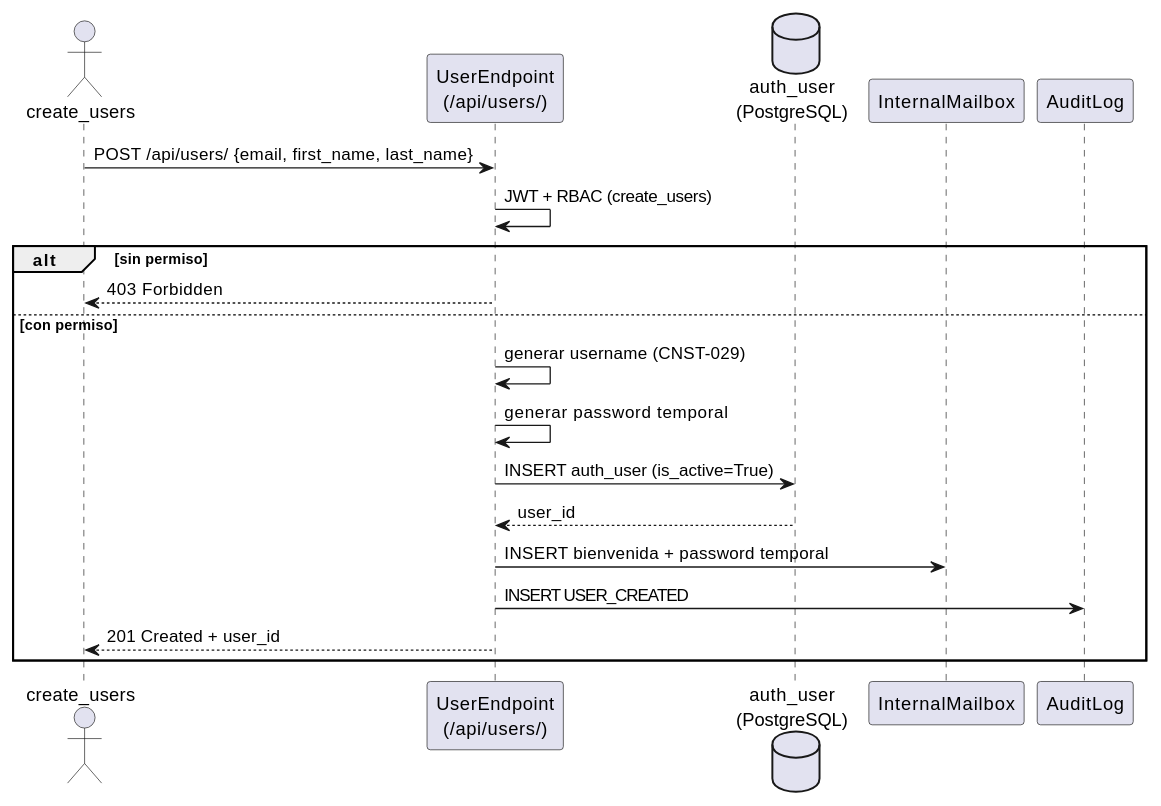
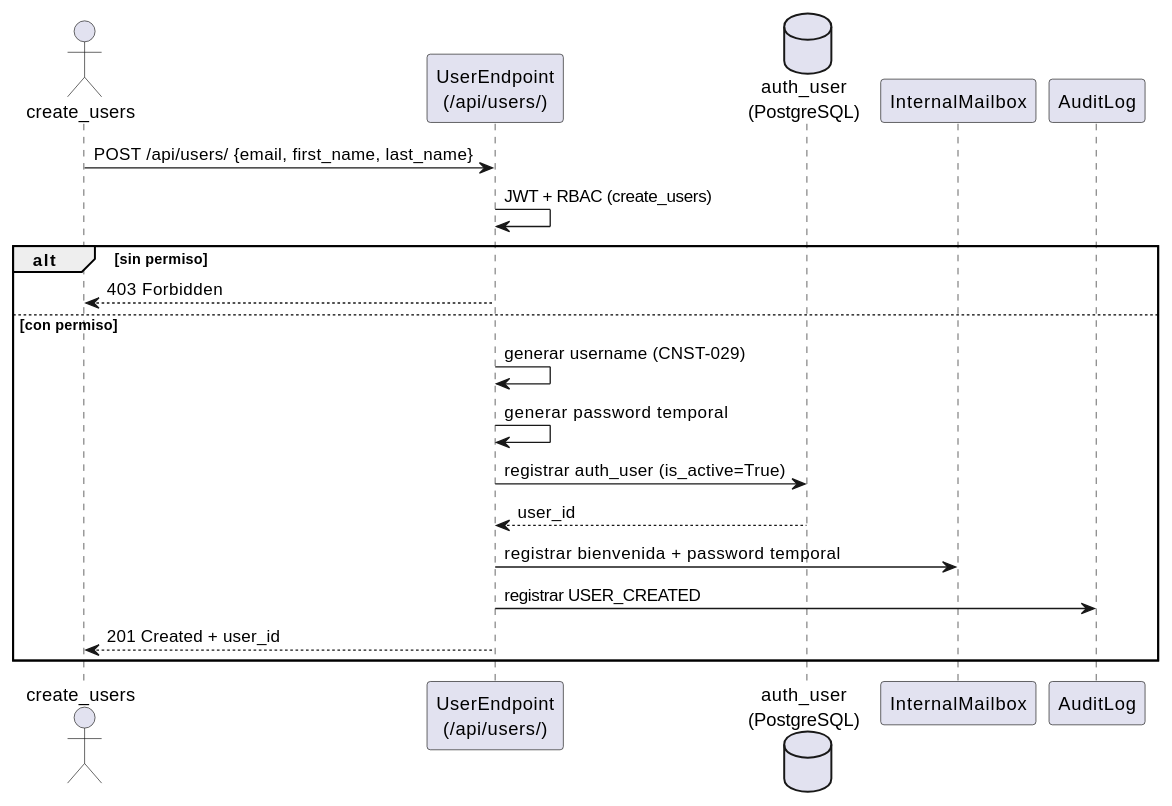
The diagram in source/arquitectura-tecnica/modulos/user-identity/diagramas/secuencia-creacion-usuario.rst (jcg-admin/IACT-docs), drawn with PlantUML before and after one commit. The commit also changed 48 other files, not shown here.

```diff
--- a/source/arquitectura-tecnica/modulos/user-identity/diagramas/secuencia-creacion-usuario.rst
+++ b/source/arquitectura-tecnica/modulos/user-identity/diagramas/secuencia-creacion-usuario.rst
@@ -22,26 +22,26 @@
 .. uml::
  :caption: Secuencia create_users — alta de nuevo usuario con username y password temporal.
 
  @startuml
 
  actor "create_users" as ADMIN
  participant "UserEndpoint\n(/api/users/)" as Userendpoint
  database "auth_user\n(PostgreSQL)" as auth_user
  participant "InternalMailbox" as Internalmailbox
  participant "AuditLog" as Auditlog
 
  ADMIN -> Userendpoint : POST /api/users/ {email, first_name, last_name}
  Userendpoint -> Userendpoint : JWT + RBAC (create_users)
  alt sin permiso
    Userendpoint --> ADMIN : 403 Forbidden
  else con permiso
    Userendpoint -> Userendpoint : generar username (CNST-029)
    Userendpoint -> Userendpoint : generar password temporal
-   Userendpoint -> auth_user : INSERT auth_user (is_active=True)
+   Userendpoint -> auth_user : registrar auth_user (is_active=True)
    auth_user --> Userendpoint : user_id
-   Userendpoint -> Internalmailbox : INSERT bienvenida + password temporal
-   Userendpoint -> Auditlog : INSERT USER_CREATED
+   Userendpoint -> Internalmailbox : registrar bienvenida + password temporal
+   Userendpoint -> Auditlog : registrar USER_CREATED
    Userendpoint --> ADMIN : 201 Created + user_id
  end
 
  @enduml
```
